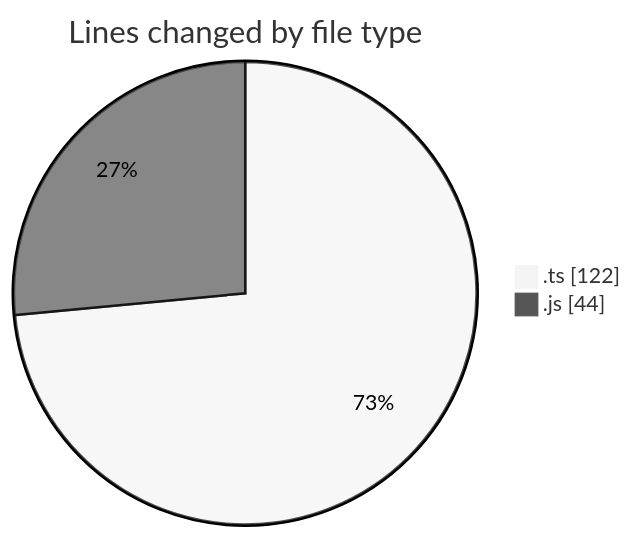
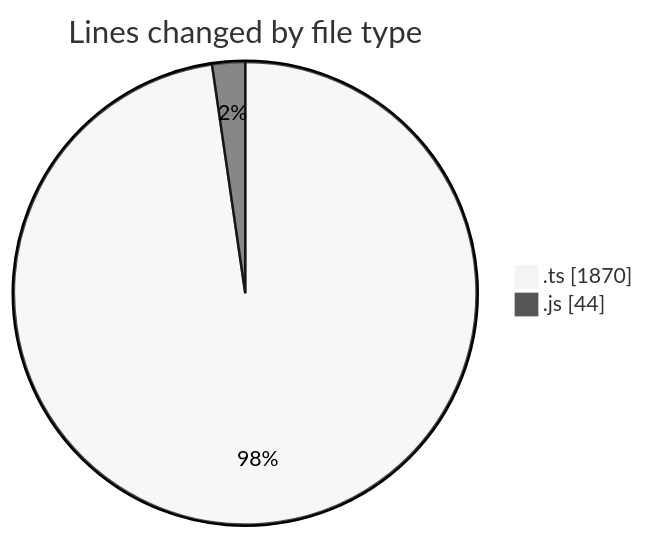
Before and after one commit to momahboobian/code-tracking: the first of 2 diagrams in 2026-11-03/cda/README.md, drawn with Mermaid (neutral theme). The commit also changed other lines of this file and 1 other file, not shown here.

````diff
--- a/2026-11-03/cda/README.md
+++ b/2026-11-03/cda/README.md
@@ -24,6 +27,6 @@
 ```mermaid
 pie showData
 title Lines changed by file type
-".ts" : 122
+".ts" : 1870
 ".js" : 44
 ```
````
